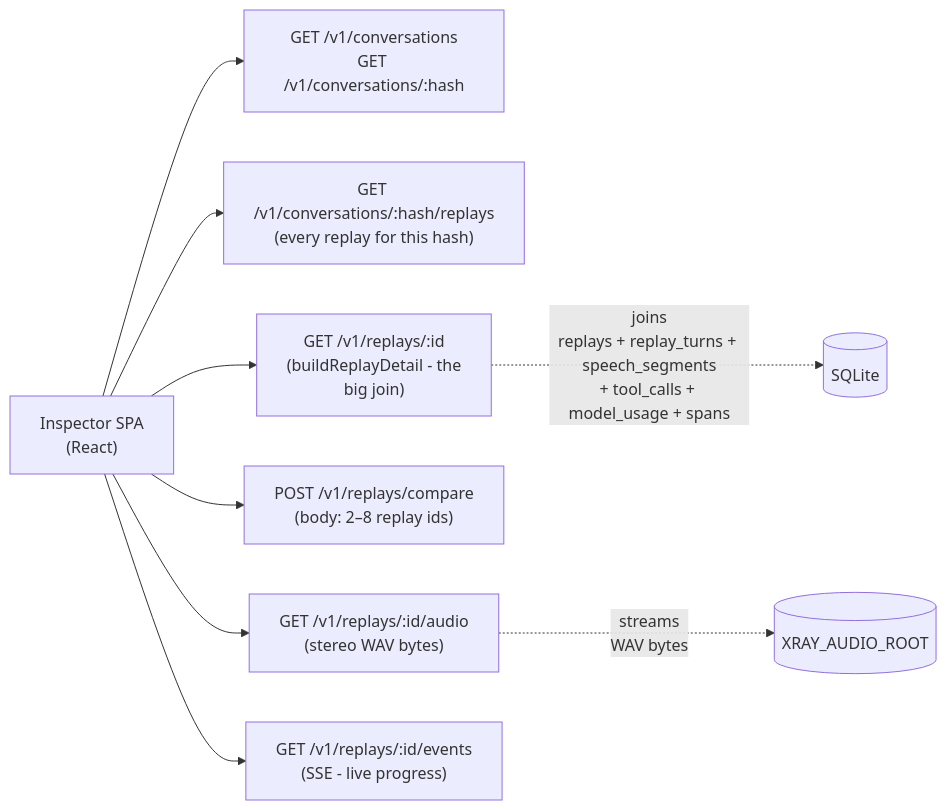
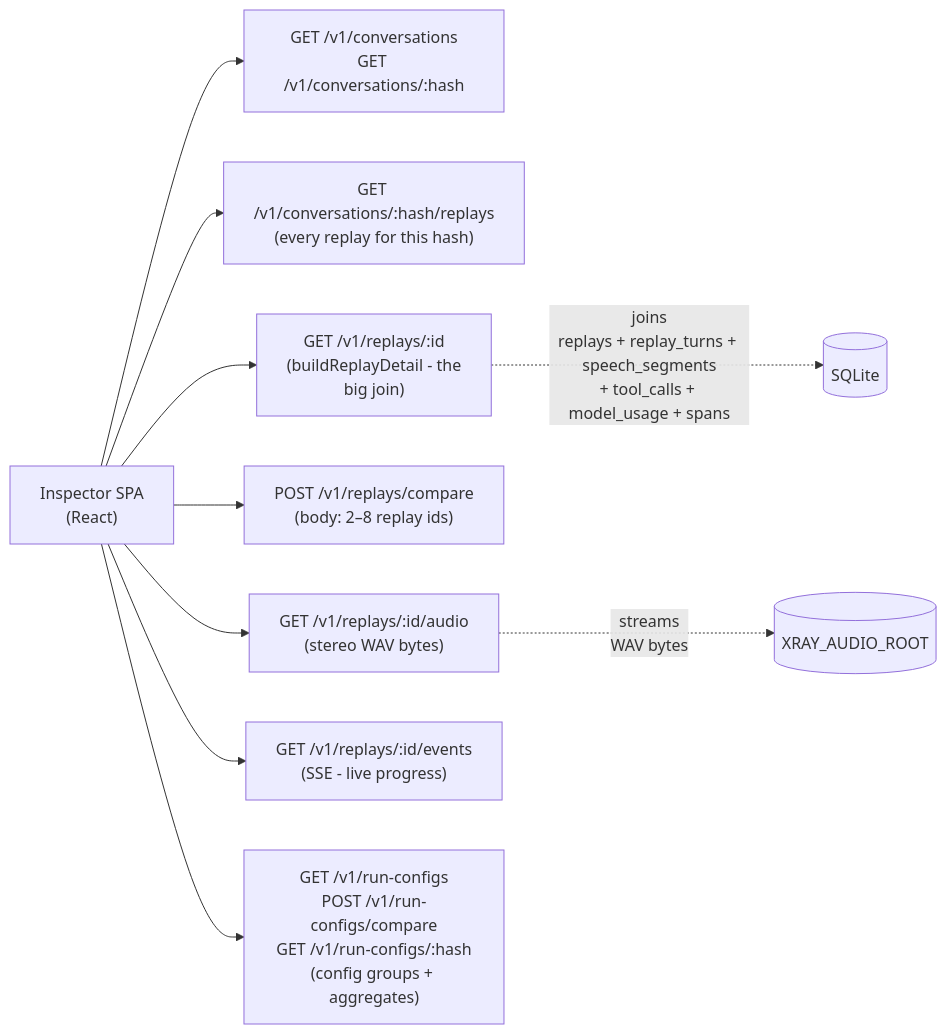
One commit to xray-eval/xray changed the fifth of 5 diagrams in docs/architecture.md. Above: the diagram before and after it, drawn with Mermaid. The commit also changed other lines of this file and 82 other files, not shown here.

First line of the commit message:
feat: compare run configs across every conversation (#124)

````diff
--- a/docs/architecture.md
+++ b/docs/architecture.md
@@ -419,20 +437,22 @@
 ```mermaid
 flowchart LR
     UI["Inspector SPA<br/>(React)"]
     EP1["GET /v1/conversations<br/>GET /v1/conversations/:hash"]
     EP2["GET /v1/conversations/:hash/replays<br/>(every replay for this hash)"]
     EP3["GET /v1/replays/:id<br/>(buildReplayDetail - the<br/>big join)"]
     EP4["POST /v1/replays/compare<br/>(body: 2–8 replay ids)"]
     EP5["GET /v1/replays/:id/audio<br/>(stereo WAV bytes)"]
     EP6["GET /v1/replays/:id/events<br/>(SSE - live progress)"]
+    EP7["GET /v1/run-configs<br/>POST /v1/run-configs/compare<br/>GET /v1/run-configs/:hash<br/>(config groups + aggregates)"]
 
     UI --> EP1
     UI --> EP2
     UI --> EP3
     UI --> EP4
     UI --> EP5
     UI --> EP6
+    UI --> EP7
 
     EP3 -. "joins<br/>replays + replay_turns + speech_segments<br/>+ tool_calls + model_usage + spans" .-> DB[("SQLite")]
     EP5 -. "streams<br/>WAV bytes" .-> AUDIO[("XRAY_AUDIO_ROOT")]
 ```
````
